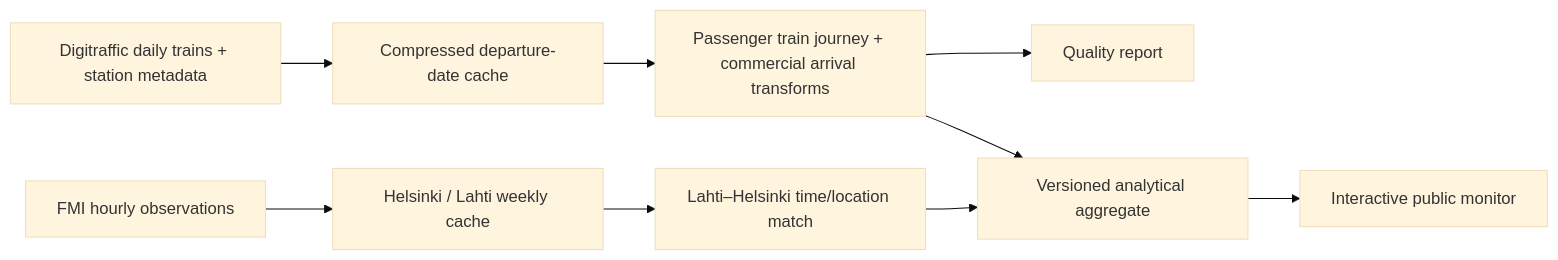
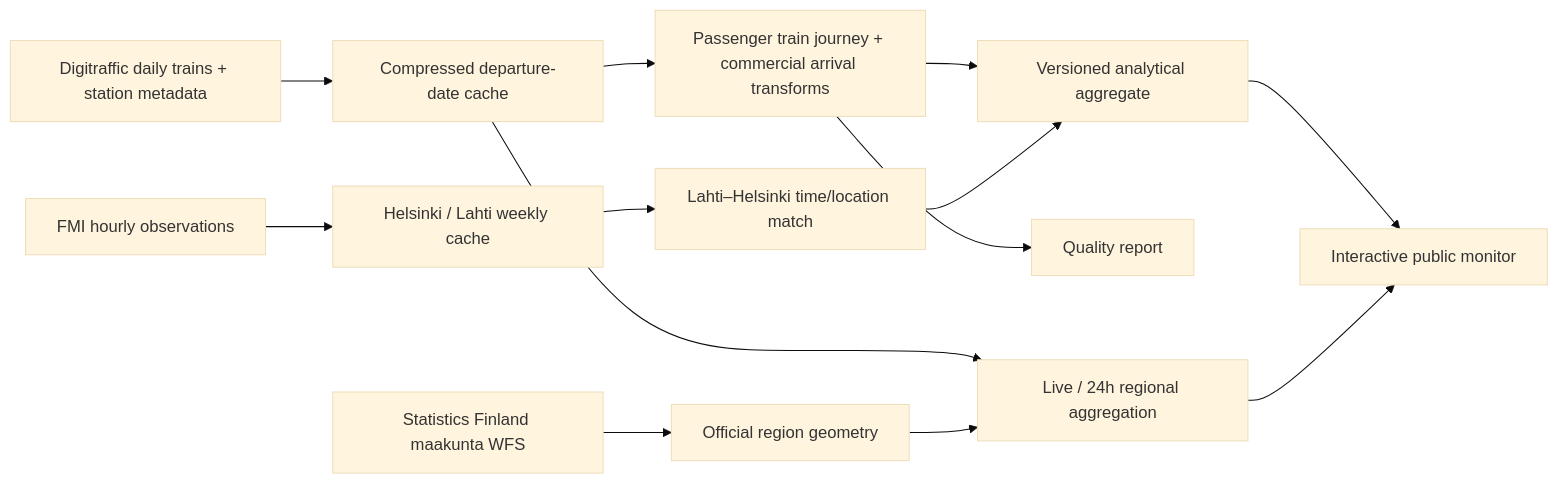
One commit to Sintagmatarches/applied-ai-lab changed the first of 2 diagrams in README.md. Above: the diagram before and after it, drawn with Mermaid (base theme). The commit also changed other lines of this file and 24 other files, not shown here.

Commit message:
Build Finland rail regional monitoring system

````diff
--- a/README.md
+++ b/README.md
@@ -48,11 +60,15 @@
 ```mermaid
 flowchart LR
   D["Digitraffic daily trains + station metadata"] --> C["Compressed departure-date cache"]
+  G["Statistics Finland maakunta WFS"] --> R["Official region geometry"]
   F["FMI hourly observations"] --> W["Helsinki / Lahti weekly cache"]
   C --> T["Passenger train journey + commercial arrival transforms"]
+  C --> M["Live / 24h regional aggregation"]
+  R --> M
   W --> L["Lahti–Helsinki time/location match"]
   T --> Q["Quality report"]
   T --> A["Versioned analytical aggregate"]
   L --> A
   A --> U["Interactive public monitor"]
+  M --> U
 ```
````
